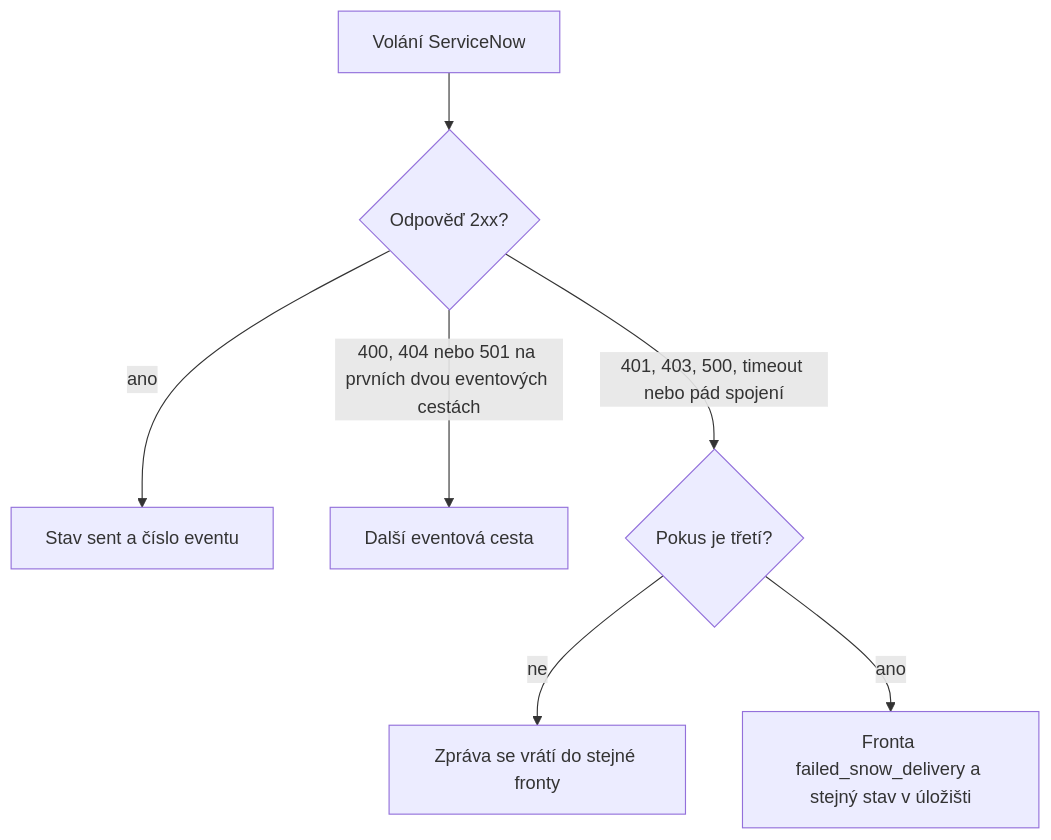
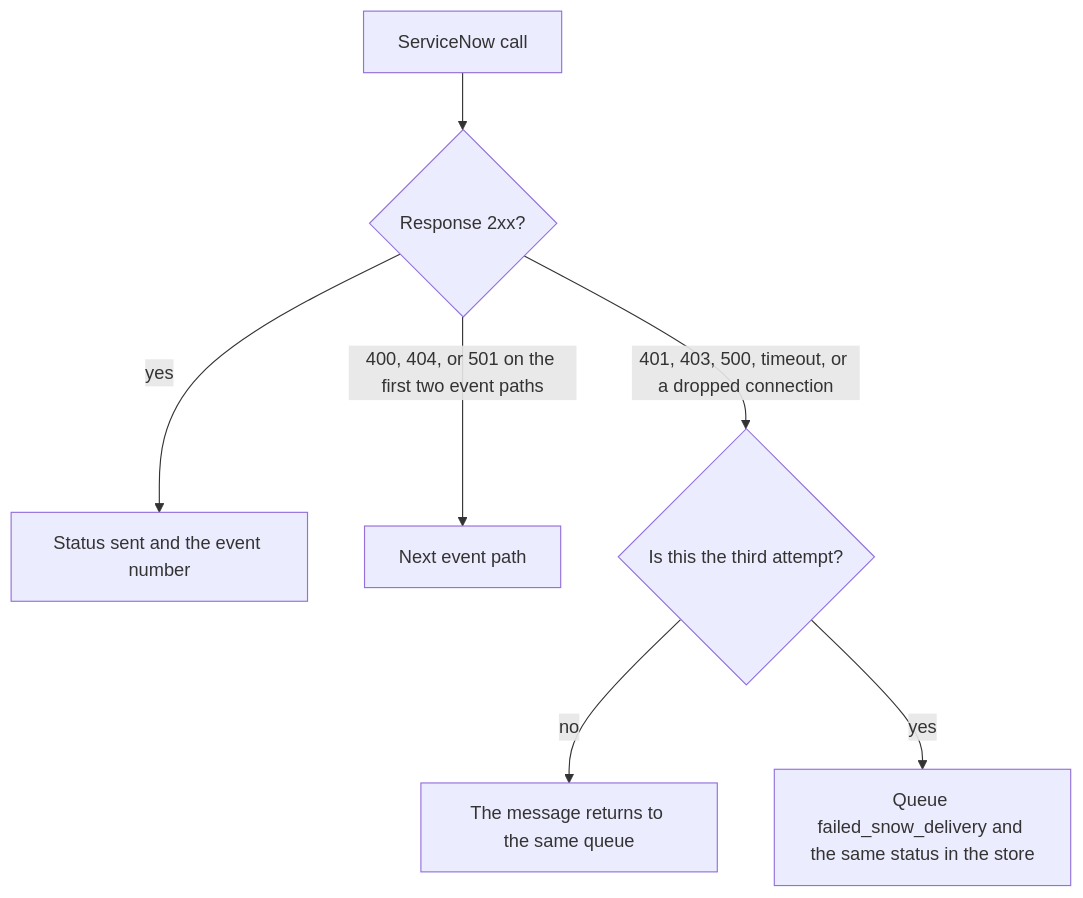
One commit to matpet00/Demo_project changed the fourth of 5 diagrams in FLOW.md. Above: the diagram before and after it, drawn with Mermaid. The commit also changed other lines of this file, not shown here.

First line of the commit message:
Write the flow document in English and show additional_info as an object.

````diff
--- a/FLOW.md
+++ b/FLOW.md
@@ -132,9 +135,9 @@
 ```mermaid
 flowchart TD
-    call[Volání ServiceNow] --> ok{"Odpověď 2xx?"}
-    ok -->|ano| sent["Stav sent a číslo eventu"]
-    ok -->|"400, 404 nebo 501 na prvních dvou eventových cestách"| next[Další eventová cesta]
-    ok -->|"401, 403, 500, timeout nebo pád spojení"| again{"Pokus je třetí?"}
-    again -->|ne| retry["Zpráva se vrátí do stejné fronty"]
-    again -->|ano| parked["Fronta failed_snow_delivery a stejný stav v úložišti"]
+    call[ServiceNow call] --> ok{"Response 2xx?"}
+    ok -->|yes| sent["Status sent and the event number"]
+    ok -->|"400, 404, or 501 on the first two event paths"| next[Next event path]
+    ok -->|"401, 403, 500, timeout, or a dropped connection"| again{"Is this the third attempt?"}
+    again -->|no| retry["The message returns to the same queue"]
+    again -->|yes| parked["Queue failed_snow_delivery and the same status in the store"]
 ```
````
